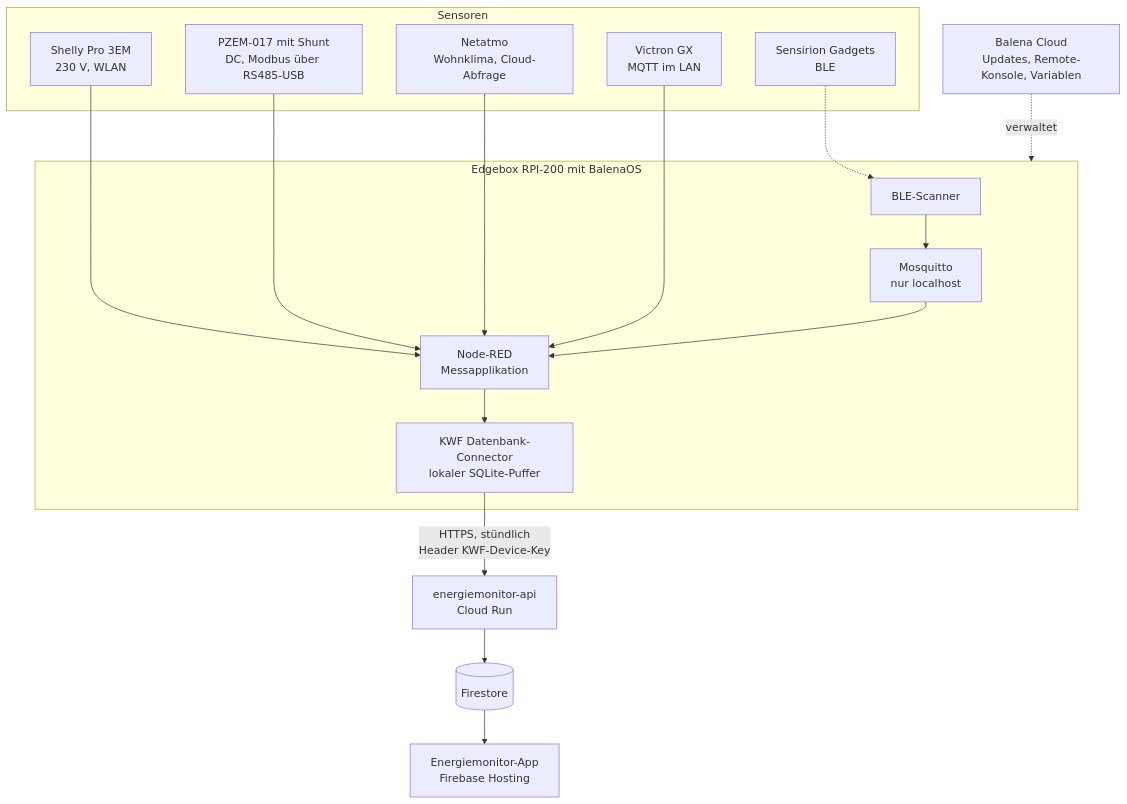
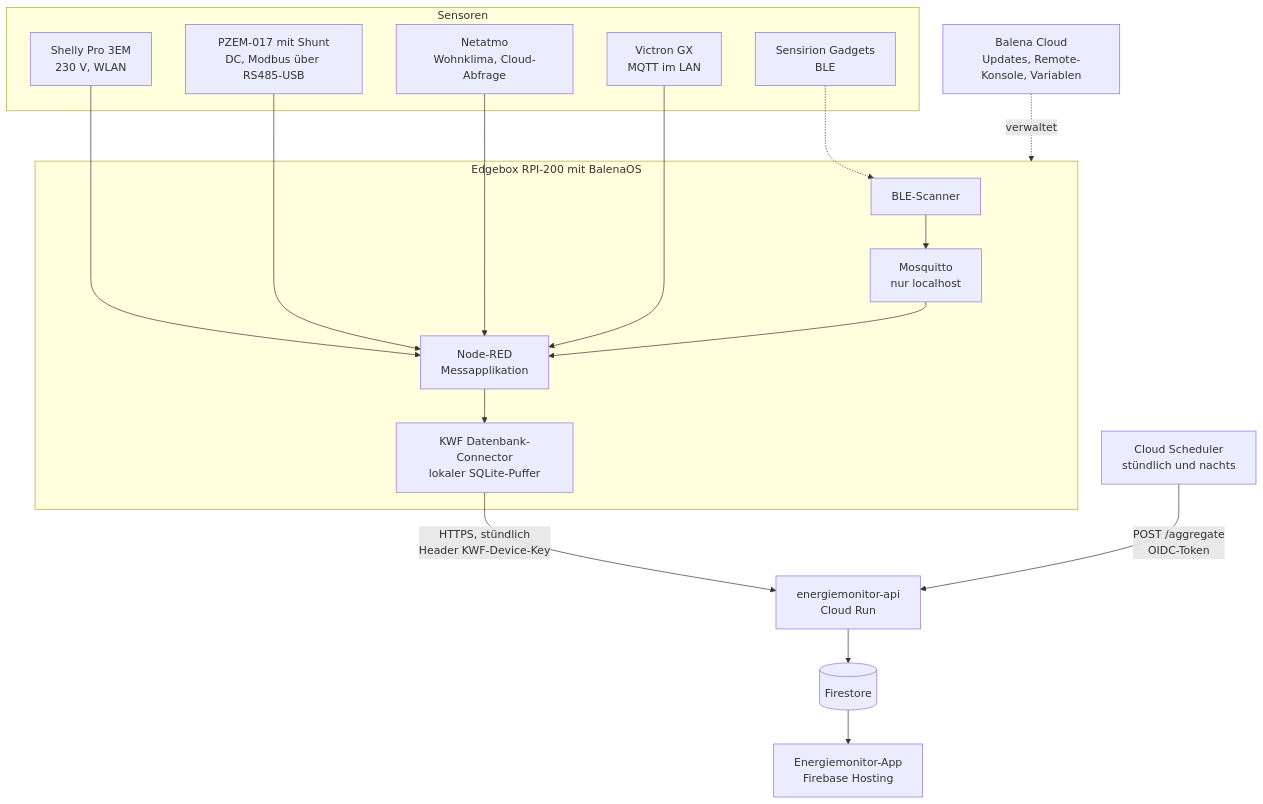
One commit to Verein-Kleinwohnformen/energiemonitor-docs changed the diagram in docs/architektur.md. Above: the diagram before and after it, drawn with Mermaid. The commit also changed other lines of this file and 11 other files, not shown here.

````diff
--- a/docs/architektur.md
+++ b/docs/architektur.md
@@ -5,28 +5,29 @@
 ```mermaid
 flowchart TD
     subgraph Sensoren
         S1[Shelly Pro 3EM<br/>230 V, WLAN]
         S2[PZEM-017 mit Shunt<br/>DC, Modbus über RS485-USB]
         S3[Netatmo<br/>Wohnklima, Cloud-Abfrage]
         S4[Victron GX<br/>MQTT im LAN]
         S5[Sensirion Gadgets<br/>BLE]
     end
 
     subgraph Edge["Edgebox RPI-200 mit BalenaOS"]
         BLE[BLE-Scanner] --> MQ[Mosquitto<br/>nur localhost]
         MQ --> NR
         NR[Node-RED<br/>Messapplikation]
         NR --> CON[KWF Datenbank-Connector<br/>lokaler SQLite-Puffer]
     end
 
     S1 --> NR
     S2 --> NR
     S3 --> NR
     S4 --> NR
     S5 -.-> BLE
 
     CON -- "HTTPS, stündlich<br/>Header KWF-Device-Key" --> API[energiemonitor-api<br/>Cloud Run]
     API --> FS[(Firestore)]
+    SCH[Cloud Scheduler<br/>stündlich und nachts] -- "POST /aggregate<br/>OIDC-Token" --> API
     FS --> APP[Energiemonitor-App<br/>Firebase Hosting]
     BAL[Balena Cloud<br/>Updates, Remote-Konsole, Variablen] -. verwaltet .-> Edge
 ```
````
